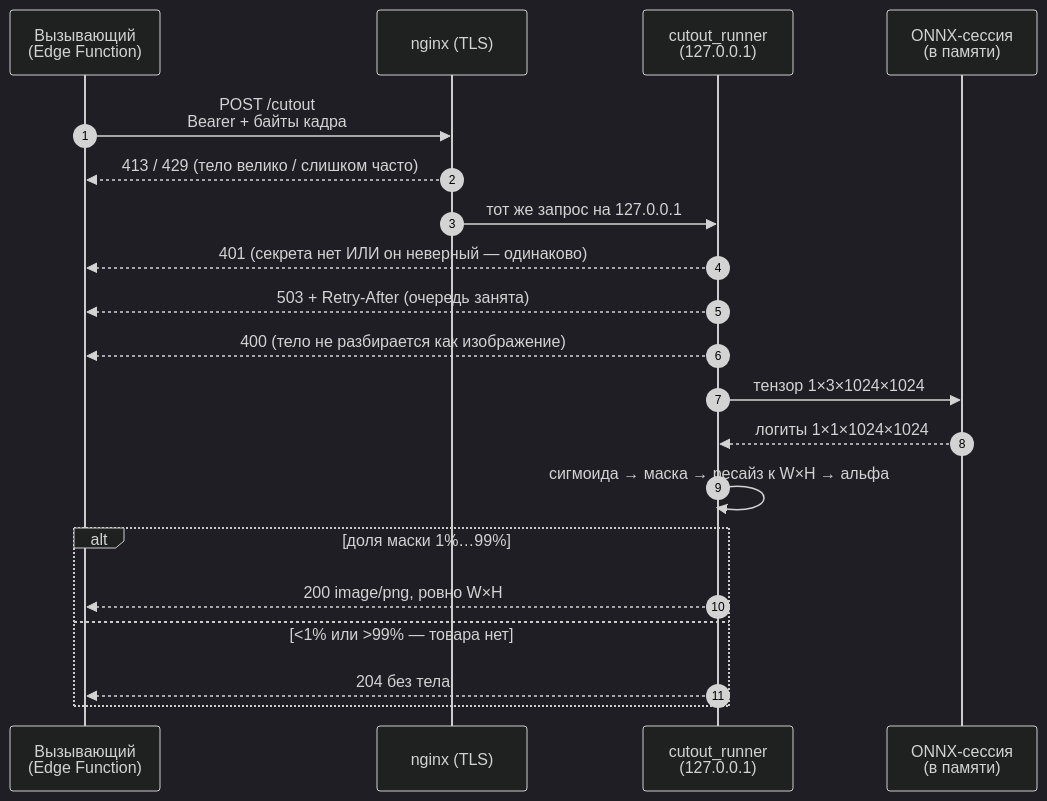
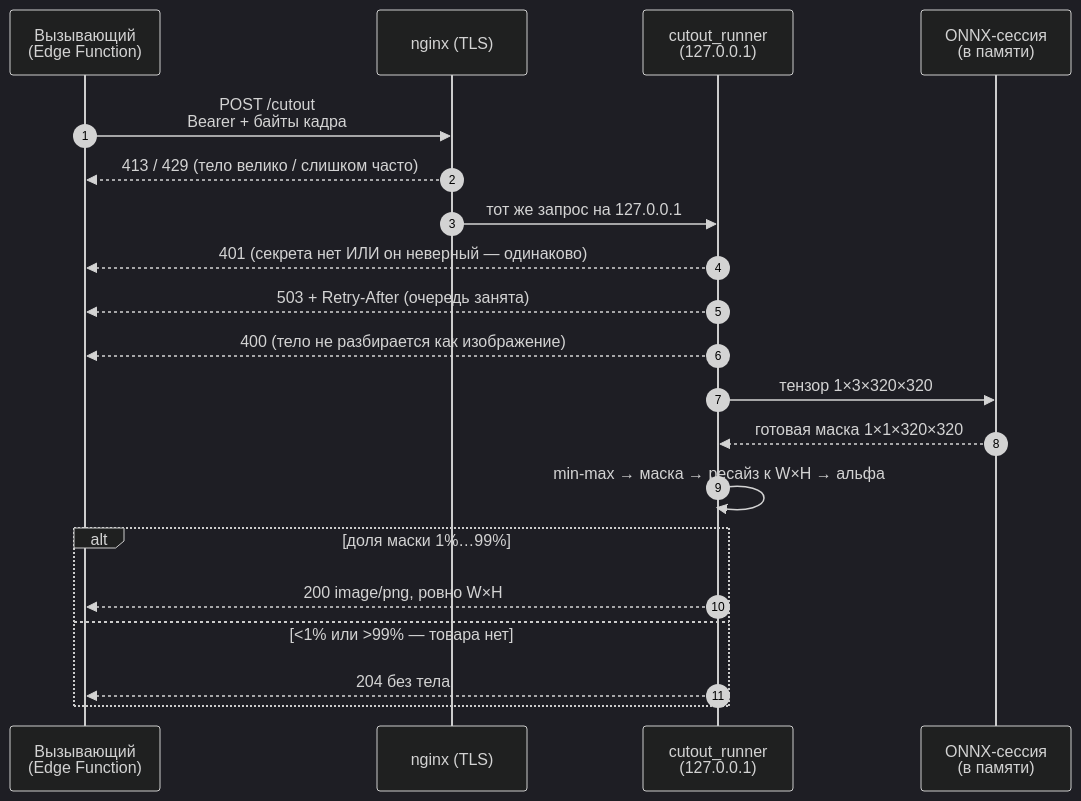
Before and after one commit to ovr58/cutout_runner: the first of 6 diagrams in docs/VISUALS.md, drawn with Mermaid (dark theme). The commit also changed other lines of this file and 24 other files, not shown here.

````diff
--- a/docs/VISUALS.md
+++ b/docs/VISUALS.md
@@ -38,23 +38,23 @@
 ```mermaid
 sequenceDiagram
     autonumber
     participant C as Вызывающий<br/>(Edge Function)
     participant N as nginx (TLS)
     participant S as cutout_runner<br/>(127.0.0.1)
     participant M as ONNX-сессия<br/>(в памяти)
 
     C->>N: POST /cutout<br/>Bearer + байты кадра
     N-->>C: 413 / 429 (тело велико / слишком часто)
     N->>S: тот же запрос на 127.0.0.1
     S-->>C: 401 (секрета нет ИЛИ он неверный — одинаково)
     S-->>C: 503 + Retry-After (очередь занята)
     S-->>C: 400 (тело не разбирается как изображение)
-    S->>M: тензор 1×3×1024×1024
-    M-->>S: логиты 1×1×1024×1024
-    S->>S: сигмоида → маска → ресайз к W×H → альфа
+    S->>M: тензор 1×3×320×320
+    M-->>S: готовая маска 1×1×320×320
+    S->>S: min-max → маска → ресайз к W×H → альфа
     alt доля маски 1%…99%
         S-->>C: 200 image/png, ровно W×H
     else <1% или >99% — товара нет
         S-->>C: 204 без тела
     end
 ```
````
